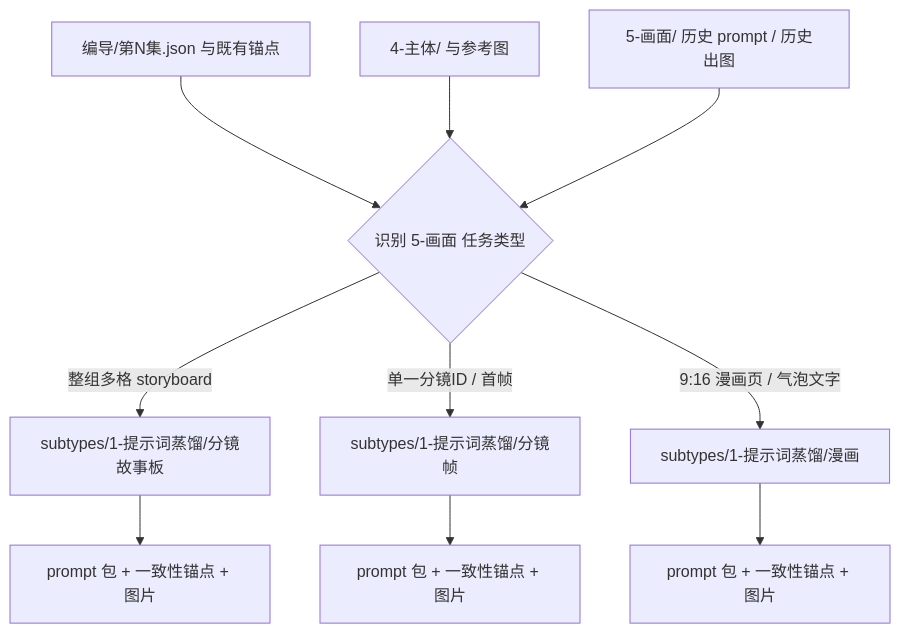
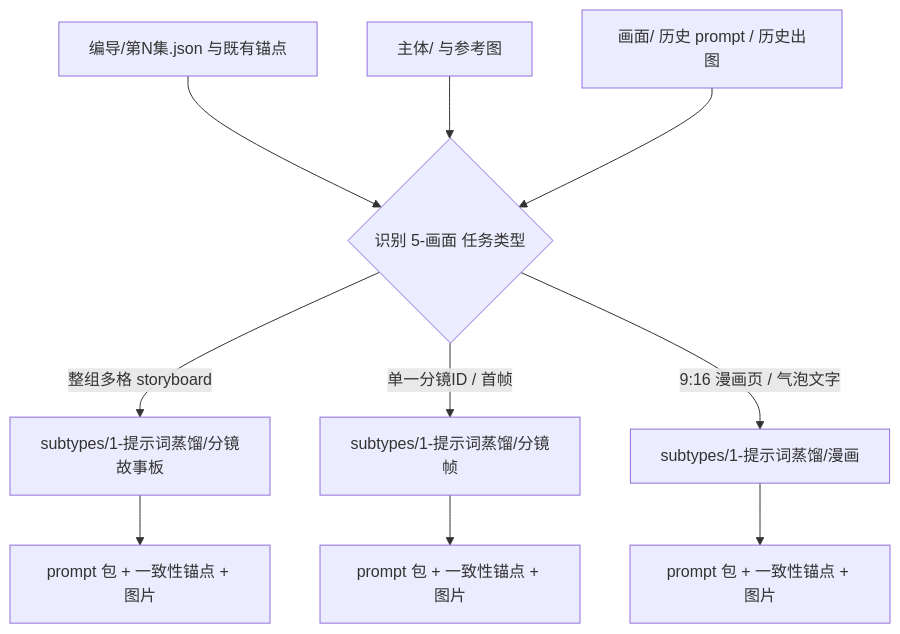
One commit to ZEN-VOID/AI-CUT changed the first of 2 diagrams in .agents/skills/aigc/5-画面/SKILL.md. Above: the diagram before and after it, drawn with Mermaid. The commit also changed other lines of this file and 70 other files, not shown here.

````diff
--- a/.agents/skills/aigc/5-画面/SKILL.md
+++ b/.agents/skills/aigc/5-画面/SKILL.md
@@ -63,12 +63,12 @@
 ```mermaid
 flowchart TD
     A["编导/第N集.json 与既有锚点"] --> B{"识别 5-画面 任务类型"}
-    C["4-主体/ 与参考图"] --> B
-    D["5-画面/ 历史 prompt / 历史出图"] --> B
+    C["主体/ 与参考图"] --> B
+    D["画面/ 历史 prompt / 历史出图"] --> B
     B -->|"整组多格 storyboard"| E["subtypes/1-提示词蒸馏/分镜故事板"]
     B -->|"单一分镜ID / 首帧"| F["subtypes/1-提示词蒸馏/分镜帧"]
     B -->|"9:16 漫画页 / 气泡文字"| G["subtypes/1-提示词蒸馏/漫画"]
     E --> H["prompt 包 + 一致性锚点 + 图片"]
     F --> I["prompt 包 + 一致性锚点 + 图片"]
     G --> J["prompt 包 + 一致性锚点 + 图片"]
 ```
````
